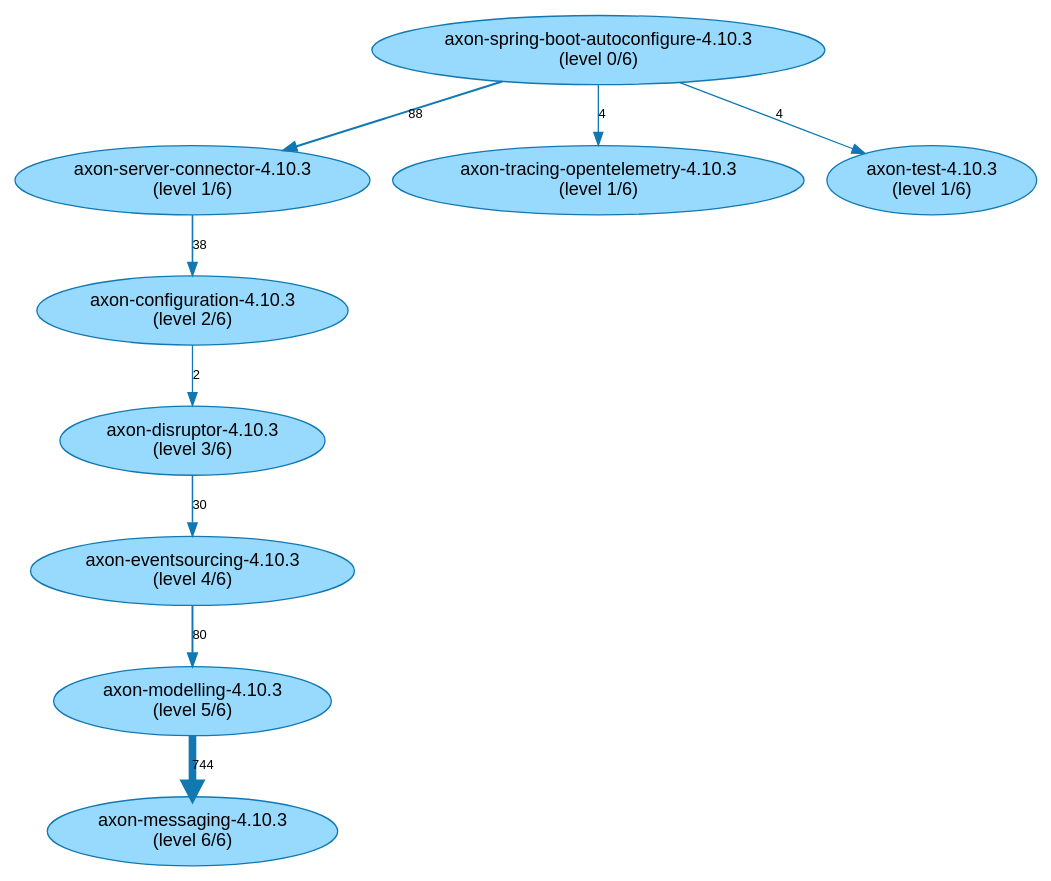
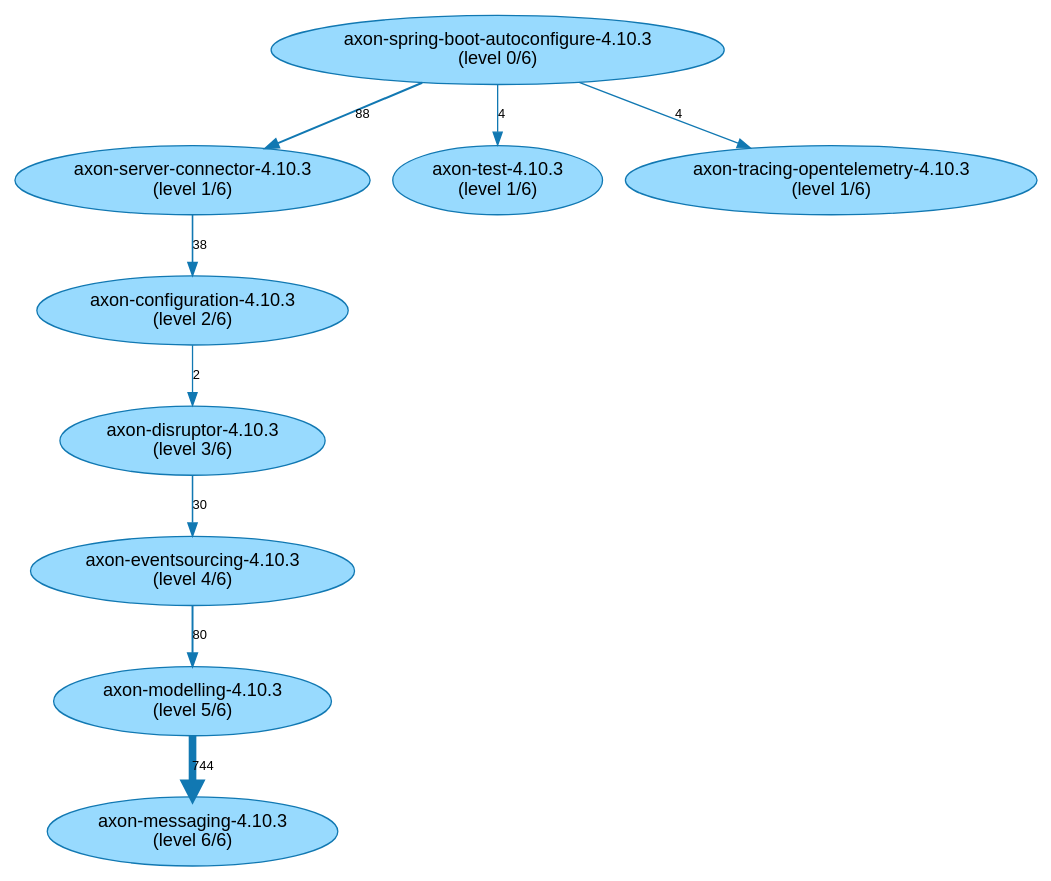
Before and after one commit to JohT/code-graph-analysis-pipeline: the diagram in results/AxonFramework-4.10.3/path-finding-visualization/JavaArtifactLongestPathsIsolated.gv, drawn with Graphviz. The commit also changed other lines of this file and 172 other files, not shown here.

```diff
--- a/results/AxonFramework-4.10.3/path-finding-visualization/JavaArtifactLongestPathsIsolated.gv
+++ b/results/AxonFramework-4.10.3/path-finding-visualization/JavaArtifactLongestPathsIsolated.gv
@@ -1,32 +1,32 @@
 // This GraphViz dot file was generated by the script convertQueryResultCsvToGraphVizDotFile.sh with default.template
 
 strict digraph JavaArtifactLongestPathsIsolated {
     fontname = "Helvetica,Arial,sans-serif";
     node [fontname = "Helvetica,Arial,sans-serif";];
     edge [fontname = "Helvetica,Arial,sans-serif"; fontsize = 10;];
     node [style = filled; fillcolor = "0.560 0.400 0.999";];
     node [color = "0.560 0.900 0.700";];
     edge [color = "0.560 0.900 0.700";];
+	"axon-spring-boot-autoconfigure-4.10.3\n(level 0/6)" -> "axon-server-connector-4.10.3\n(level 1/6)" [label=88; penwidth=1.57; ];
 	"axon-server-connector-4.10.3\n(level 1/6)" -> "axon-configuration-4.10.3\n(level 2/6)" [label=38; penwidth=1.24; ];
 	"axon-configuration-4.10.3\n(level 2/6)" -> "axon-disruptor-4.10.3\n(level 3/6)" [label=2; penwidth=1.0; ];
 	"axon-disruptor-4.10.3\n(level 3/6)" -> "axon-eventsourcing-4.10.3\n(level 4/6)" [label=30; penwidth=1.19; ];
 	"axon-eventsourcing-4.10.3\n(level 4/6)" -> "axon-modelling-4.10.3\n(level 5/6)" [label=80; penwidth=1.52; ];
 	"axon-modelling-4.10.3\n(level 5/6)" -> "axon-messaging-4.10.3\n(level 6/6)" [label=744; penwidth=5.92; ];
 	"axon-spring-boot-autoconfigure-4.10.3\n(level 0/6)" -> "axon-server-connector-4.10.3\n(level 1/6)" [label=88; penwidth=1.57; ];
 	"axon-server-connector-4.10.3\n(level 1/6)" -> "axon-configuration-4.10.3\n(level 2/6)" [label=38; penwidth=1.24; ];
 	"axon-configuration-4.10.3\n(level 2/6)" -> "axon-disruptor-4.10.3\n(level 3/6)" [label=2; penwidth=1.0; ];
 	"axon-disruptor-4.10.3\n(level 3/6)" -> "axon-eventsourcing-4.10.3\n(level 4/6)" [label=30; penwidth=1.19; ];
 	"axon-eventsourcing-4.10.3\n(level 4/6)" -> "axon-modelling-4.10.3\n(level 5/6)" [label=80; penwidth=1.52; ];
 	"axon-spring-boot-autoconfigure-4.10.3\n(level 0/6)" -> "axon-server-connector-4.10.3\n(level 1/6)" [label=88; penwidth=1.57; ];
 	"axon-server-connector-4.10.3\n(level 1/6)" -> "axon-configuration-4.10.3\n(level 2/6)" [label=38; penwidth=1.24; ];
 	"axon-configuration-4.10.3\n(level 2/6)" -> "axon-disruptor-4.10.3\n(level 3/6)" [label=2; penwidth=1.0; ];
 	"axon-disruptor-4.10.3\n(level 3/6)" -> "axon-eventsourcing-4.10.3\n(level 4/6)" [label=30; penwidth=1.19; ];
 	"axon-spring-boot-autoconfigure-4.10.3\n(level 0/6)" -> "axon-server-connector-4.10.3\n(level 1/6)" [label=88; penwidth=1.57; ];
 	"axon-server-connector-4.10.3\n(level 1/6)" -> "axon-configuration-4.10.3\n(level 2/6)" [label=38; penwidth=1.24; ];
 	"axon-configuration-4.10.3\n(level 2/6)" -> "axon-disruptor-4.10.3\n(level 3/6)" [label=2; penwidth=1.0; ];
 	"axon-spring-boot-autoconfigure-4.10.3\n(level 0/6)" -> "axon-server-connector-4.10.3\n(level 1/6)" [label=88; penwidth=1.57; ];
 	"axon-server-connector-4.10.3\n(level 1/6)" -> "axon-configuration-4.10.3\n(level 2/6)" [label=38; penwidth=1.24; ];
-	"axon-spring-boot-autoconfigure-4.10.3\n(level 0/6)" -> "axon-server-connector-4.10.3\n(level 1/6)" [label=88; penwidth=1.57; ];
+	"axon-spring-boot-autoconfigure-4.10.3\n(level 0/6)" -> "axon-test-4.10.3\n(level 1/6)" [label=4; penwidth=1.01; ];
 	"axon-spring-boot-autoconfigure-4.10.3\n(level 0/6)" -> "axon-tracing-opentelemetry-4.10.3\n(level 1/6)" [label=4; penwidth=1.01; ];
-	"axon-spring-boot-autoconfigure-4.10.3\n(level 0/6)" -> "axon-test-4.10.3\n(level 1/6)" [label=4; penwidth=1.01; ];
 }
```
